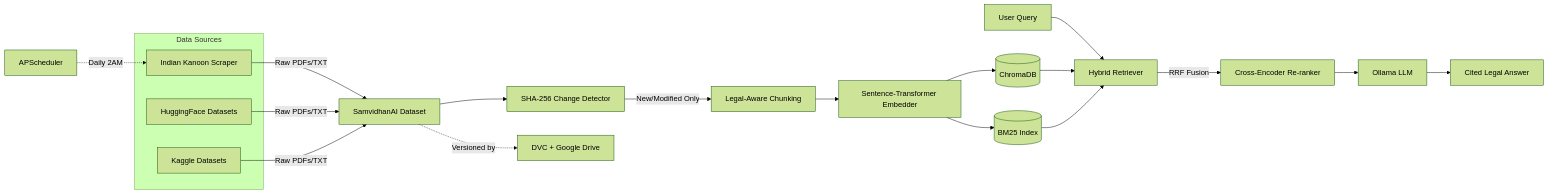
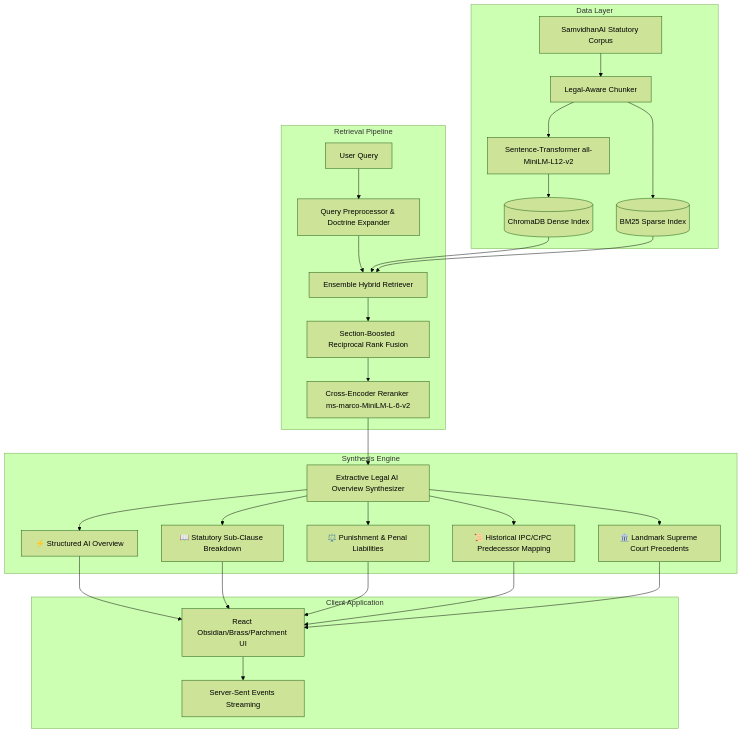
One commit to Har-dik25/LegalMindRag changed the diagram in README.md. Above: the diagram before and after it, drawn with Mermaid (forest theme). The commit also changed other lines of this file and 2 other files, not shown here.

Commit message:
docs: update README.md and add health/config endpoints to server

````diff
--- a/README.md
+++ b/README.md
@@ -18,24 +32,32 @@
 ```mermaid
-flowchart LR
-    subgraph Data Sources
-        S1[Indian Kanoon Scraper]
-        S2[HuggingFace Datasets]
-        S3[Kaggle Datasets]
+flowchart TD
+    subgraph Data Layer
+        A1[SamvidhanAI Statutory Corpus] --> A2[Legal-Aware Chunker]
+        A2 --> A3[Sentence-Transformer all-MiniLM-L12-v2]
+        A3 --> A4[(ChromaDB Dense Index)]
+        A2 --> A5[(BM25 Sparse Index)]
     end
-    
-    S1 & S2 & S3 -->|Raw PDFs/TXT| B[SamvidhanAI Dataset]
-    B --> C[SHA-256 Change Detector]
-    C -->|New/Modified Only| D[Legal-Aware Chunking]
-    D --> E[Sentence-Transformer Embedder]
-    E --> F[(ChromaDB)]
-    E --> G[(BM25 Index)]
-    
-    H[User Query] --> I[Hybrid Retriever]
-    F & G --> I
-    I -->|RRF Fusion| J[Cross-Encoder Re-ranker]
-    J --> K[Ollama LLM]
-    K --> L[Cited Legal Answer]
-    
-    M[APScheduler] -.->|Daily 2AM| S1
-    B -.->|Versioned by| N[DVC + Google Drive]
+
+    subgraph Retrieval Pipeline
+        Q[User Query] --> QP[Query Preprocessor & Doctrine Expander]
+        QP --> HR[Ensemble Hybrid Retriever]
+        A4 --> HR
+        A5 --> HR
+        HR --> RRF[Section-Boosted Reciprocal Rank Fusion]
+        RRF --> CE[Cross-Encoder Reranker ms-marco-MiniLM-L-6-v2]
+    end
+
+    subgraph Synthesis Engine
+        CE --> ES[Extractive Legal AI Overview Synthesizer]
+        ES --> OA[⚡ Structured AI Overview]
+        ES --> SB[📖 Statutory Sub-Clause Breakdown]
+        ES --> PP[⚖️ Punishment & Penal Liabilities]
+        ES --> HM[📜 Historical IPC/CrPC Predecessor Mapping]
+        ES --> JP[🏛️ Landmark Supreme Court Precedents]
+    end
+
+    subgraph Client Application
+        OA & SB & PP & HM & JP --> UI[React Obsidian/Brass/Parchment UI]
+        UI --> SSE[Server-Sent Events Streaming]
+    end
 ```
````
